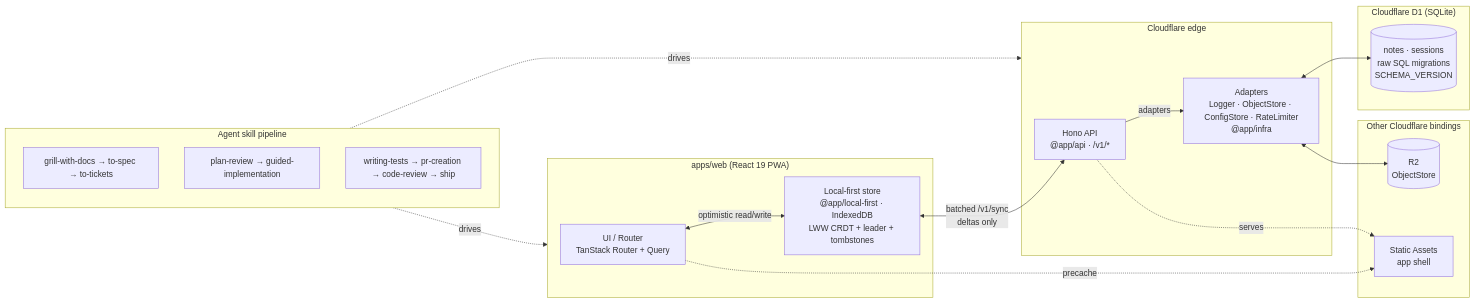
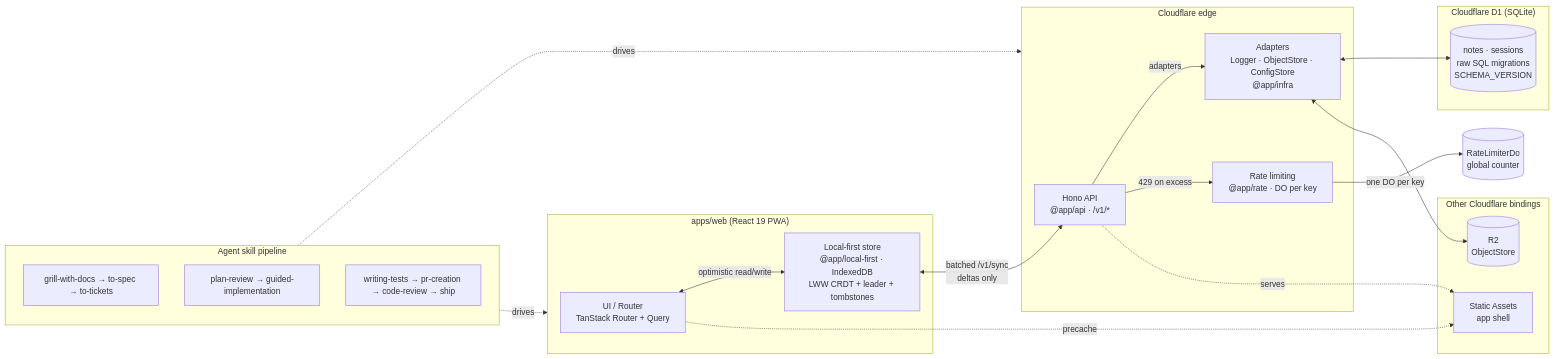
The diagram in README.md (ahaqqu/KajianQ), drawn with Mermaid before and after one commit. The commit also changed other lines of this file and 26 other files, not shown here.

Commit message:
refactor(rate-limit): extract reusable @app/rate workspace package (#80)

````diff
--- a/README.md
+++ b/README.md
@@ -55,37 +56,40 @@
 ```mermaid
 flowchart LR
   subgraph Client["apps/web (React 19 PWA)"]
     UI["UI / Router<br/>TanStack Router + Query"]
     Store["Local-first store<br/>@app/local-first · IndexedDB<br/>LWW CRDT + leader + tombstones"]
   end
 
   subgraph Edge["Cloudflare edge"]
     WHono["Hono API<br/>@app/api · /v1/*"]
-    Adapters["Adapters<br/>Logger · ObjectStore · ConfigStore · RateLimiter<br/>@app/infra"]
+    Adapters["Adapters<br/>Logger · ObjectStore · ConfigStore<br/>@app/infra"]
+    RateLimit["Rate limiting<br/>@app/rate · DO per key"]
   end
 
   subgraph Data["Cloudflare D1 (SQLite)"]
     DB[("notes · sessions<br/>raw SQL migrations<br/>SCHEMA_VERSION")]
   end
 
   subgraph Backing["Other Cloudflare bindings"]
     R2[("R2<br/>ObjectStore")]
     Static["Static Assets<br/>app shell"]
   end
 
   subgraph Skills["Agent skill pipeline"]
     S1["grill-with-docs → to-spec → to-tickets"]
     S2["plan-review → guided-implementation"]
     S3["writing-tests → pr-creation → code-review → ship"]
   end
 
   UI <-->|optimistic read/write| Store
   Store <-->|batched /v1/sync<br/>deltas only| WHono
   WHono -->|adapters| Adapters
+  WHono -->|429 on excess| RateLimit
+  RateLimit -->|one DO per key| DO[("RateLimiterDo<br/>global counter")]
   Adapters <--> DB
   Adapters <--> R2
   WHono -. serves .-> Static
   UI -. precache .-> Static
   Skills -. drives .-> Edge
   Skills -. drives .-> Client
 ```
````
